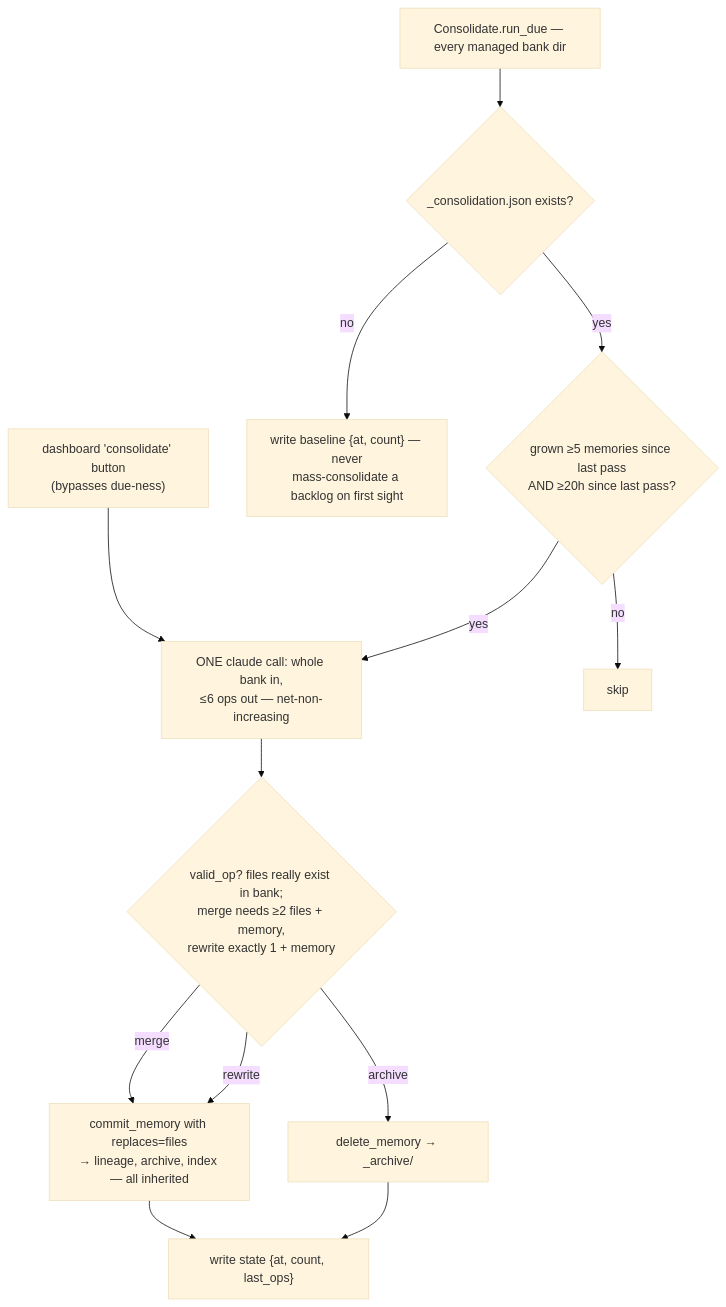
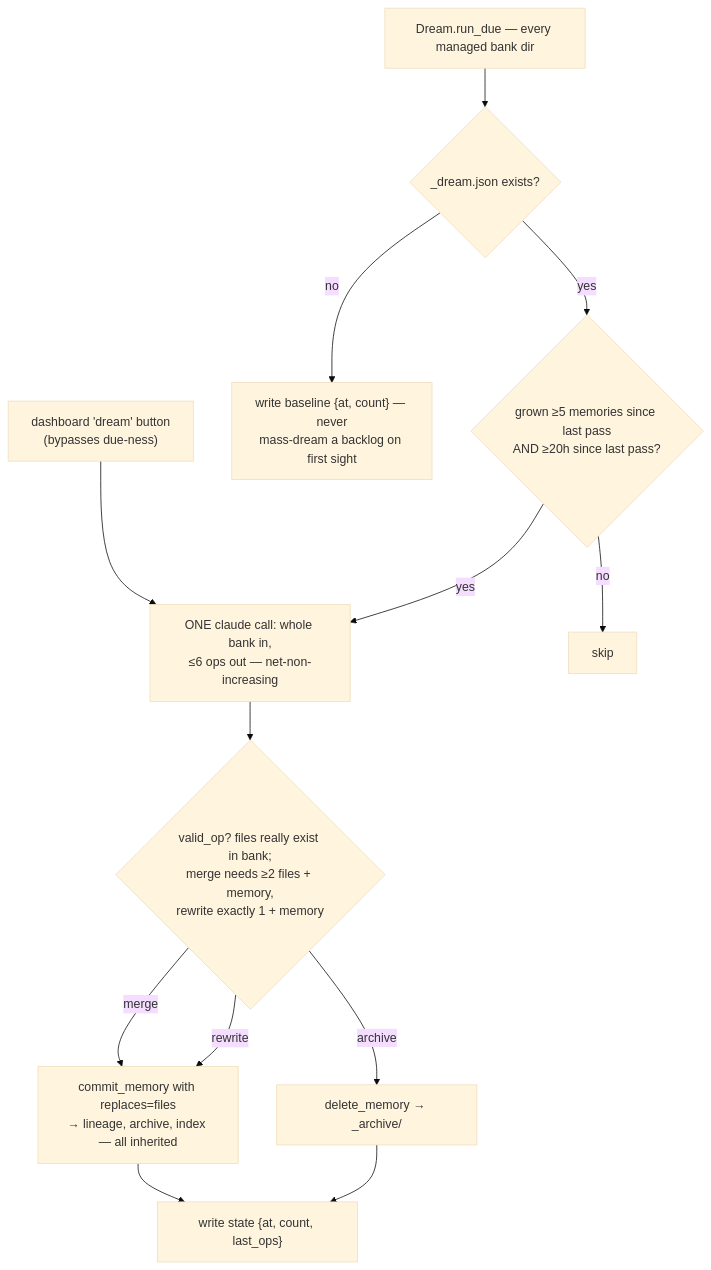
One commit to jgeschwendt/.claude changed the sixth of 8 diagrams in @apps/web/lib/core/memory.md. Above: the diagram before and after it, drawn with Mermaid (base theme). The commit also changed other lines of this file and 8 other files, not shown here.

````diff
--- a/@apps/web/lib/core/memory.md
+++ b/@apps/web/lib/core/memory.md
@@ -247,15 +251,15 @@
 ```mermaid
 flowchart TD
-    RD["Consolidate.run_due — every managed bank dir"] --> BASE{"_consolidation.json exists?"}
-    UI3["dashboard 'consolidate' button<br/>(bypasses due-ness)"] --> CALL
-    BASE -->|no| SEED["write baseline {at, count} — never<br/>mass-consolidate a backlog on first sight"]
+    RD["Dream.run_due — every managed bank dir"] --> BASE{"_dream.json exists?"}
+    UI3["dashboard 'dream' button<br/>(bypasses due-ness)"] --> CALL
+    BASE -->|no| SEED["write baseline {at, count} — never<br/>mass-dream a backlog on first sight"]
     BASE -->|yes| DUE{"grown ≥5 memories since last pass<br/>AND ≥20h since last pass?"}
     DUE -->|no| WAIT[skip]
     DUE -->|yes| CALL["ONE claude call: whole bank in,<br/>≤6 ops out — net-non-increasing"]
     CALL --> V{"valid_op? files really exist in bank;<br/>merge needs ≥2 files + memory,<br/>rewrite exactly 1 + memory"}
     V -->|merge| CM["commit_memory with replaces=files<br/>→ lineage, archive, index — all inherited"]
     V -->|rewrite| CM
     V -->|archive| DL["delete_memory → _archive/"]
     CM --> ST["write state {at, count, last_ops}"]
     DL --> ST
 ```
````
